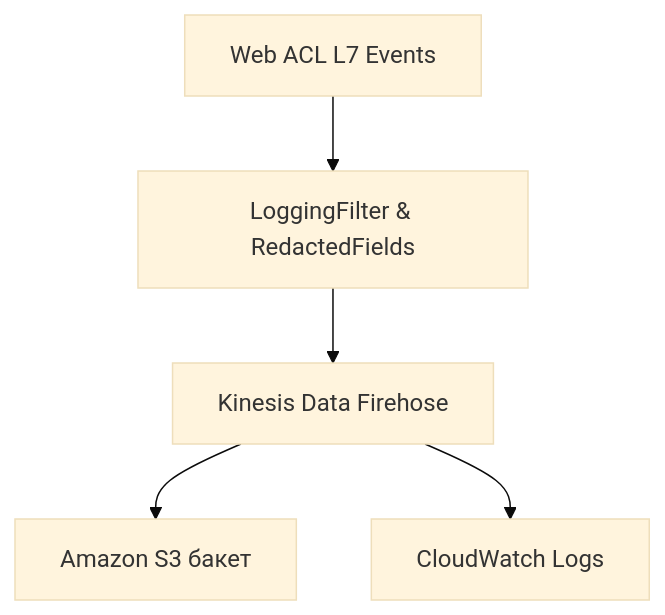
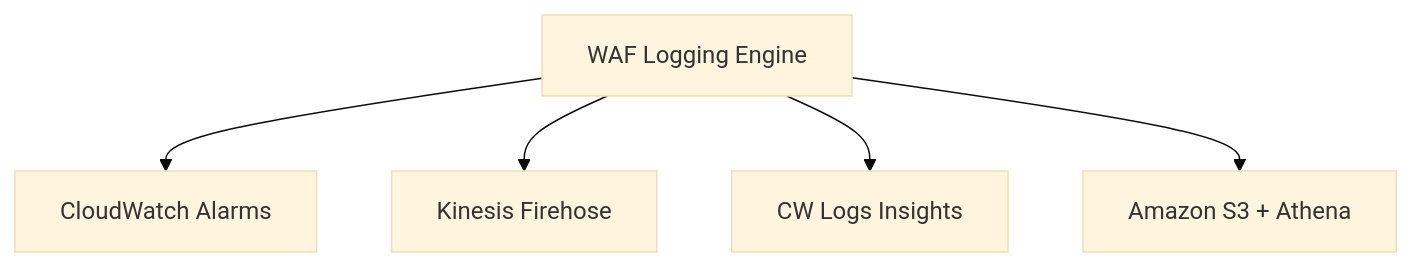
The diagram in diagrams/08-streaming-logging-pipeline.mmd (y-kolyada/aws-waf), drawn with Mermaid (base theme) before and after one commit. The commit also changed 35 other files, not shown here.

```diff
--- a/diagrams/08-streaming-logging-pipeline.mmd
+++ b/diagrams/08-streaming-logging-pipeline.mmd
@@ -1,5 +1,5 @@
 flowchart TD
-    WAF["Web ACL L7 Events"] --> Filter["LoggingFilter & RedactedFields"]
-    Filter --> Firehose["Kinesis Data Firehose"]
-    Firehose --> S3["Amazon S3 бакет"]
-    Firehose --> CW["CloudWatch Logs"]
+    WAF["WAF Logging Engine"] --> CW_Alarm["CloudWatch Alarms"]
+    WAF --> Firehose["Kinesis Firehose"]
+    WAF --> CW_Logs["CW Logs Insights"]
+    WAF --> S3["Amazon S3 + Athena"]
```
